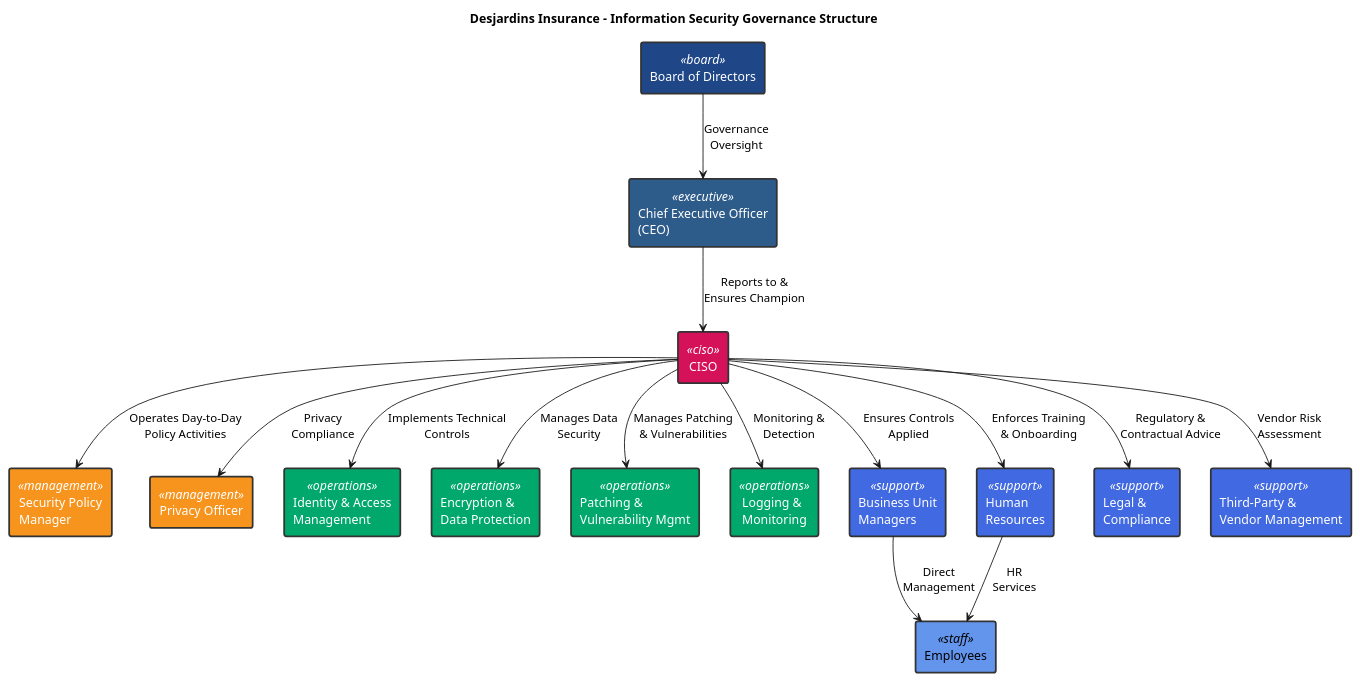
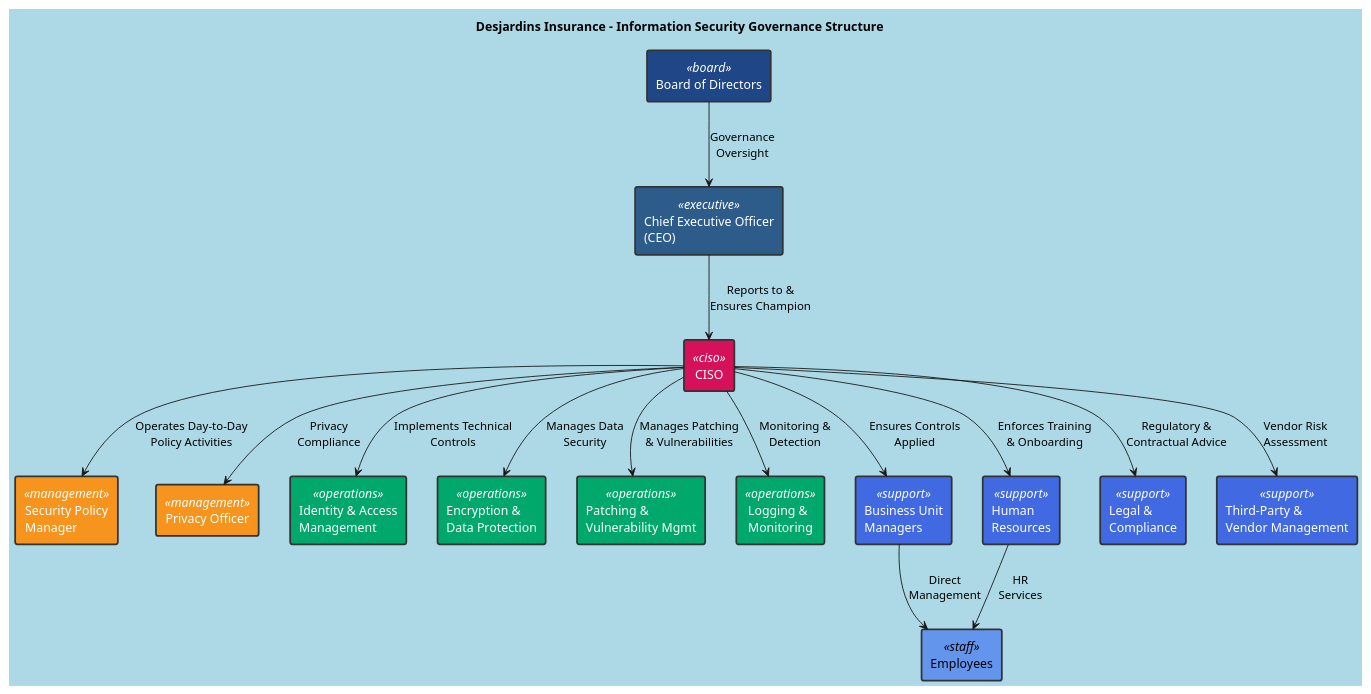
One commit to MercuryAtom31/Desjardins-Insurance-ISMS-Policy changed the diagram in docs/diagrams/governance-structure.puml. Above: the diagram before and after it, drawn with PlantUML.

Commit message:
Changed the background color from white to a light blue.

```diff
--- a/docs/diagrams/governance-structure.puml
+++ b/docs/diagrams/governance-structure.puml
@@ -1,66 +1,66 @@
 @startuml governance-structure
 
-skinparam backgroundColor #ffffff
+skinparam backgroundColor #ADD8E6
 skinparam rectangle {
   BackgroundColor<<board>> #1f4788
   BackgroundColor<<executive>> #2e5c8a
   BackgroundColor<<ciso>> #d41159
   BackgroundColor<<management>> #f7941d
   BackgroundColor<<operations>> #00a86b
   BackgroundColor<<support>> #4169e1
   BackgroundColor<<staff>> #6495ed
   FontColor<<board>> #ffffff
   FontColor<<executive>> #ffffff
   FontColor<<ciso>> #ffffff
   FontColor<<management>> #ffffff
   FontColor<<operations>> #ffffff
   FontColor<<support>> #ffffff
   FontColor<<staff>> #000000
   BorderColor #333333
   BorderThickness 2
 }
 
 title Desjardins Insurance - Information Security Governance Structure
 
 ' Board and Executive Level
 rectangle "Board of Directors" as BOD <<board>>
 rectangle "Chief Executive Officer\n(CEO)" as CEO <<executive>>
 
 ' CISO and Direct Reports
 rectangle "CISO" as CISO <<ciso>>
 rectangle "Security Policy\nManager" as SPM <<management>>
 rectangle "Privacy Officer" as PO <<management>>
 
 ' IT and Security Operations
 rectangle "Identity & Access\nManagement" as IAM <<operations>>
 rectangle "Encryption &\nData Protection" as EDP <<operations>>
 rectangle "Patching &\nVulnerability Mgmt" as PVM <<operations>>
 rectangle "Logging &\nMonitoring" as LM <<operations>>
 
 ' Supporting Functions
 rectangle "Business Unit\nManagers" as BUM <<support>>
 rectangle "Human\nResources" as HR <<support>>
 rectangle "Legal &\nCompliance" as LC <<support>>
 rectangle "Third-Party &\nVendor Management" as TPM <<support>>
 
 ' Staff Level
 rectangle "Employees" as EMP <<staff>>
 
 ' Reporting Lines
 BOD --> CEO : Governance\nOversight
 CEO --> CISO : Reports to &\nEnsures Champion
 CISO --> SPM : Operates Day-to-Day\nPolicy Activities
 CISO --> PO : Privacy\nCompliance
 CISO --> IAM : Implements Technical\nControls
 CISO --> EDP : Manages Data\nSecurity
 CISO --> PVM : Manages Patching\n& Vulnerabilities
 CISO --> LM : Monitoring &\nDetection
 CISO --> BUM : Ensures Controls\nApplied
 CISO --> HR : Enforces Training\n& Onboarding
 CISO --> LC : Regulatory &\nContractual Advice
 CISO --> TPM : Vendor Risk\nAssessment
 
 BUM --> EMP : Direct\nManagement
 HR --> EMP : HR\nServices
 
 @enduml
```
